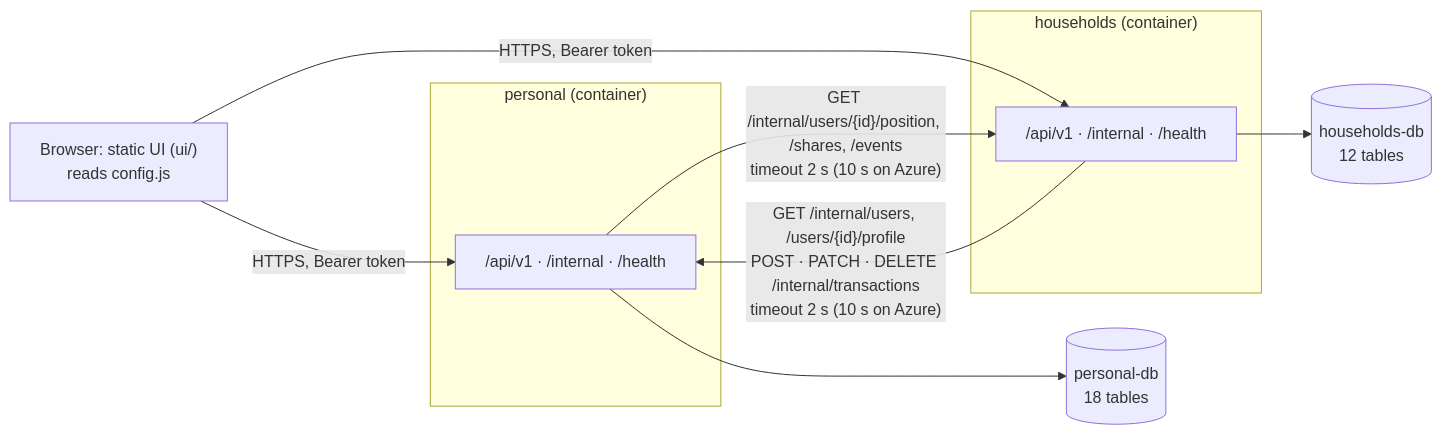
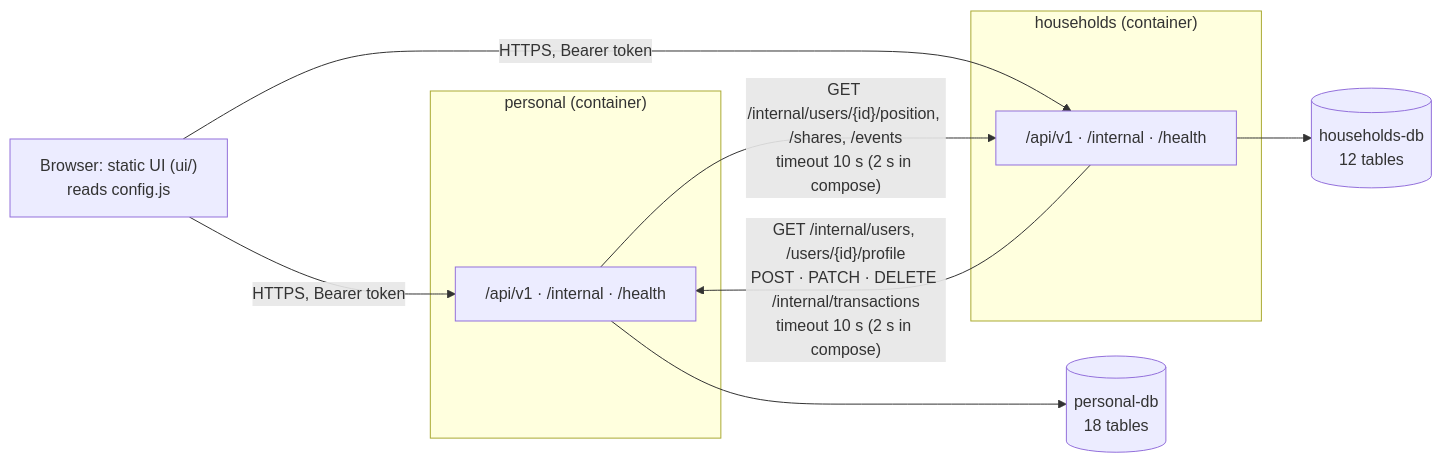
Before and after one commit to Sanad-AlBilleh/Float: the second of 5 diagrams in docs/a2/report.md, drawn with Mermaid. The commit also changed other lines of this file and 9 other files, not shown here.

````diff
--- a/docs/a2/report.md
+++ b/docs/a2/report.md
@@ -29,16 +29,16 @@
 ```mermaid
 flowchart LR
     browser["Browser: static UI (ui/)<br/>reads config.js"]
     subgraph P["personal (container)"]
         papi["/api/v1 · /internal · /health"]
     end
     subgraph H["households (container)"]
         hapi["/api/v1 · /internal · /health"]
     end
     browser -- "HTTPS, Bearer token" --> papi
     browser -- "HTTPS, Bearer token" --> hapi
-    papi -- "GET /internal/users/{id}/position, /shares, /events<br/>timeout 2 s (10 s on Azure)" --> hapi
-    hapi -- "GET /internal/users, /users/{id}/profile<br/>POST · PATCH · DELETE /internal/transactions<br/>timeout 2 s (10 s on Azure)" --> papi
+    papi -- "GET /internal/users/{id}/position, /shares, /events<br/>timeout 10 s (2 s in compose)" --> hapi
+    hapi -- "GET /internal/users, /users/{id}/profile<br/>POST · PATCH · DELETE /internal/transactions<br/>timeout 10 s (2 s in compose)" --> papi
     papi --> pdb[("personal-db<br/>18 tables")]
     hapi --> hdb[("households-db<br/>12 tables")]
 ```
````
